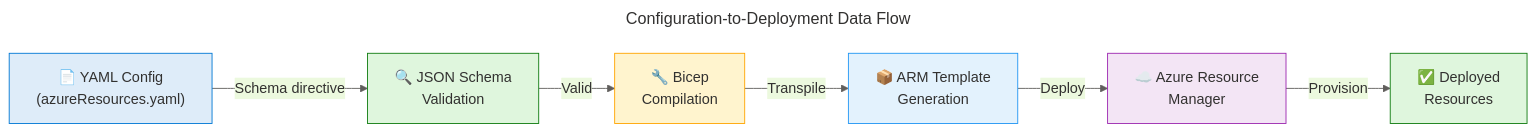
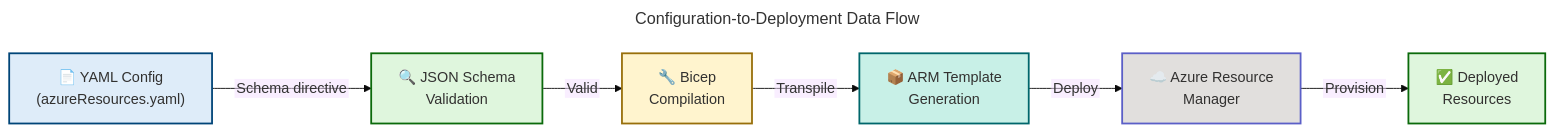
One commit to Evilazaro/DevExp-DevBox changed the fourth of 6 diagrams in docs/architecture/Data-Architecture.md. Above: the diagram before and after it, drawn with Mermaid. The commit also changed other lines of this file, not shown here.

Commit message:
feat: enhance flowchart accessibility and styling for Data Architecture documentation

````diff
--- a/docs/architecture/Data-Architecture.md
+++ b/docs/architecture/Data-Architecture.md
@@ -677,35 +677,62 @@
 ```mermaid
 ---
 title: Configuration-to-Deployment Data Flow
 config:
   theme: base
   themeVariables:
-    primaryColor: "#DEECF9"
-    primaryTextColor: "#323130"
-    primaryBorderColor: "#0078D4"
-    lineColor: "#605E5C"
+    fontSize: '16px'
+  flowchart:
+    htmlLabels: false
+    curve: cardinal
+    nodeSpacing: 50
+    rankSpacing: 50
 ---
 flowchart LR
     accTitle: Configuration-to-Deployment Data Flow Diagram
-    accDescr: Shows how configuration files flow through validation to Azure deployment
+    accDescr: Shows how configuration files flow through validation to Azure deployment with 5 semantic stages from source config through deployment. WCAG AA compliant.
 
-    A["📄 YAML Config<br/>(azureResources.yaml)"]
-    B["🔍 JSON Schema<br/>Validation"]
-    C["🔧 Bicep<br/>Compilation"]
-    D["📦 ARM Template<br/>Generation"]
-    E["☁️ Azure Resource<br/>Manager"]
-    F["✅ Deployed<br/>Resources"]
+    %% ═══════════════════════════════════════════════════════════════════════════
+    %% AZURE / FLUENT ARCHITECTURE PATTERN v1.1
+    %% (Semantic + Structural + Font + Accessibility Governance)
+    %% ═══════════════════════════════════════════════════════════════════════════
+    %% PHASE 1 - STRUCTURAL: LR direction explicit, flat topology
+    %% PHASE 2 - SEMANTIC: 5 semantic colors with data flow stage justification:
+    %%   azureBlue (#DEECF9) = source config (input)
+    %%   successGreen (#DFF6DD) = validation stages (quality gates)
+    %%   sharedYellow (#FFF4CE) = compilation (transformation)
+    %%   presenceTeal (#C8F0E7) = template generation (artifact)
+    %%   neutralPurple (#E1DFDD) = deployment (Azure services)
+    %% PHASE 3 - FONT: Dark text #323130 on light backgrounds (WCAG AA 4.5:1 contrast)
+    %% PHASE 4 - ACCESSIBILITY: accTitle/accDescr present, all nodes have emoji icons
+    %% PHASE 5 - STANDARD: Flat structure, semantic colors only on content nodes
+    %% ═══════════════════════════════════════════════════════════════════════════
+
+    A["📄 YAML Config<br/>(azureResources.yaml)"]:::azureBlue
+    B["🔍 JSON Schema<br/>Validation"]:::successGreen
+    C["🔧 Bicep<br/>Compilation"]:::sharedYellow
+    D["📦 ARM Template<br/>Generation"]:::presenceTeal
+    E["☁️ Azure Resource<br/>Manager"]:::neutralPurple
+    F["✅ Deployed<br/>Resources"]:::successGreen
 
     A -->|Schema directive| B
     B -->|Valid| C
     C -->|Transpile| D
     D -->|Deploy| E
     E -->|Provision| F
 
-    style A fill:#DEECF9,stroke:#0078D4
-    style B fill:#DFF6DD,stroke:#107C10
-    style C fill:#FFF4CE,stroke:#FFA500
-    style D fill:#E3F2FD,stroke:#2196F3
-    style E fill:#F3E5F5,stroke:#9C27B0
-    style F fill:#DFF6DD,stroke:#107C10
+    %% Required classDef palette (ALL 14 - MANDATORY per MRM-D002)
+    classDef level1Group fill:#FFFFFF,stroke:#605E5C,stroke-width:3px,color:#323130
+    classDef level2Group fill:#F3F2F1,stroke:#605E5C,stroke-width:2px,color:#323130
+    classDef level3Group fill:#E1DFDD,stroke:#605E5C,stroke-width:2px,color:#323130
+    classDef level4Group fill:#D2D0CE,stroke:#605E5C,stroke-width:1px,color:#323130
+    classDef mainGroup fill:#FFFFFF,stroke:#605E5C,stroke-width:3px,color:#323130
+    classDef subGroup fill:#F3F2F1,stroke:#605E5C,stroke-width:2px,color:#323130
+    classDef azureBlue fill:#DEECF9,stroke:#004578,stroke-width:2px,color:#323130
+    classDef successGreen fill:#DFF6DD,stroke:#0B6A0B,stroke-width:2px,color:#323130
+    classDef errorRed fill:#FDE7E9,stroke:#A4262C,stroke-width:2px,color:#323130
+    classDef sharedYellow fill:#FFF4CE,stroke:#986F0B,stroke-width:2px,color:#323130
+    classDef warningOrange fill:#FDE7E9,stroke:#8A3707,stroke-width:2px,color:#323130
+    classDef neutralPurple fill:#E1DFDD,stroke:#5B5FC7,stroke-width:2px,color:#323130
+    classDef presenceTeal fill:#C8F0E7,stroke:#00666B,stroke-width:2px,color:#323130
+    classDef neutralGrey fill:#F3F2F1,stroke:#605E5C,stroke-width:2px,color:#323130
 ```
````
